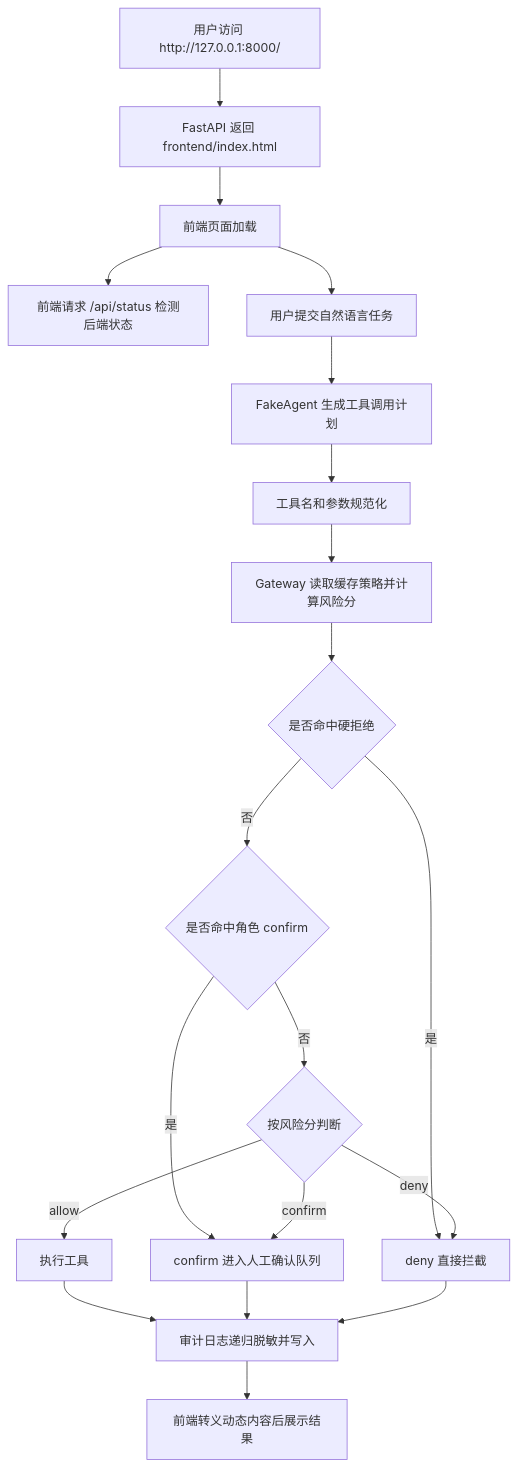
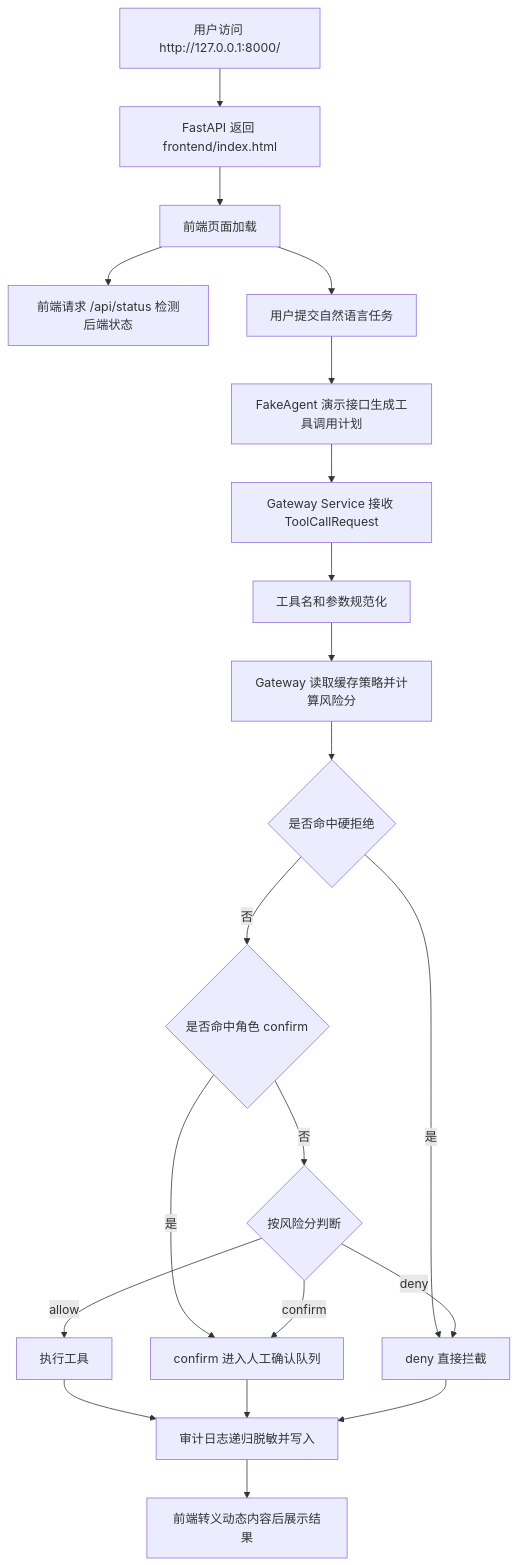
Before and after one commit to ZenviorX/Agent-Authorization: the diagram in Task/Task7.md, drawn with Mermaid. The commit also changed other lines of this file, not shown here.

````diff
--- a/Task/Task7.md
+++ b/Task/Task7.md
@@ -43,22 +49,23 @@
 ```mermaid
 flowchart TD
     A[用户访问 http://127.0.0.1:8000/] --> B[FastAPI 返回 frontend/index.html]
     B --> C[前端页面加载]
     C --> D[前端请求 /api/status 检测后端状态]
     C --> E[用户提交自然语言任务]
-    E --> F[FakeAgent 生成工具调用计划]
-    F --> G[工具名和参数规范化]
-    G --> H[Gateway 读取缓存策略并计算风险分]
-    H --> I{是否命中硬拒绝}
-    I -- 是 --> J[deny 直接拦截]
-    I -- 否 --> K{是否命中角色 confirm}
-    K -- 是 --> L[confirm 进入人工确认队列]
-    K -- 否 --> M{按风险分判断}
-    M -- allow --> N[执行工具]
-    M -- confirm --> L
-    M -- deny --> J
-    N --> O[审计日志递归脱敏并写入]
-    L --> O
-    J --> O
-    O --> P[前端转义动态内容后展示结果]
+    E --> F[FakeAgent 演示接口生成工具调用计划]
+    F --> G[Gateway Service 接收 ToolCallRequest]
+    G --> H[工具名和参数规范化]
+    H --> I[Gateway 读取缓存策略并计算风险分]
+    I --> J{是否命中硬拒绝}
+    J -- 是 --> K[deny 直接拦截]
+    J -- 否 --> L{是否命中角色 confirm}
+    L -- 是 --> M[confirm 进入人工确认队列]
+    L -- 否 --> N{按风险分判断}
+    N -- allow --> O[执行工具]
+    N -- confirm --> M
+    N -- deny --> K
+    O --> P[审计日志递归脱敏并写入]
+    M --> P
+    K --> P
+    P --> Q[前端转义动态内容后展示结果]
 ```
````
